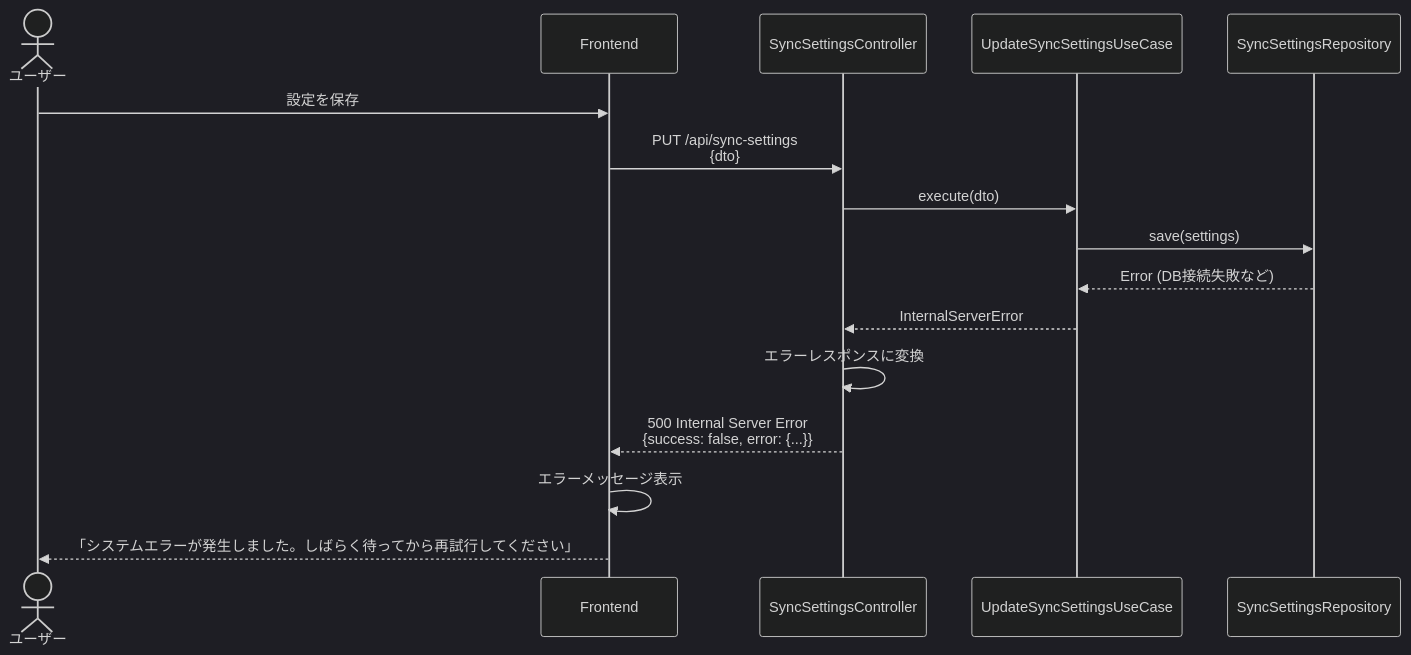
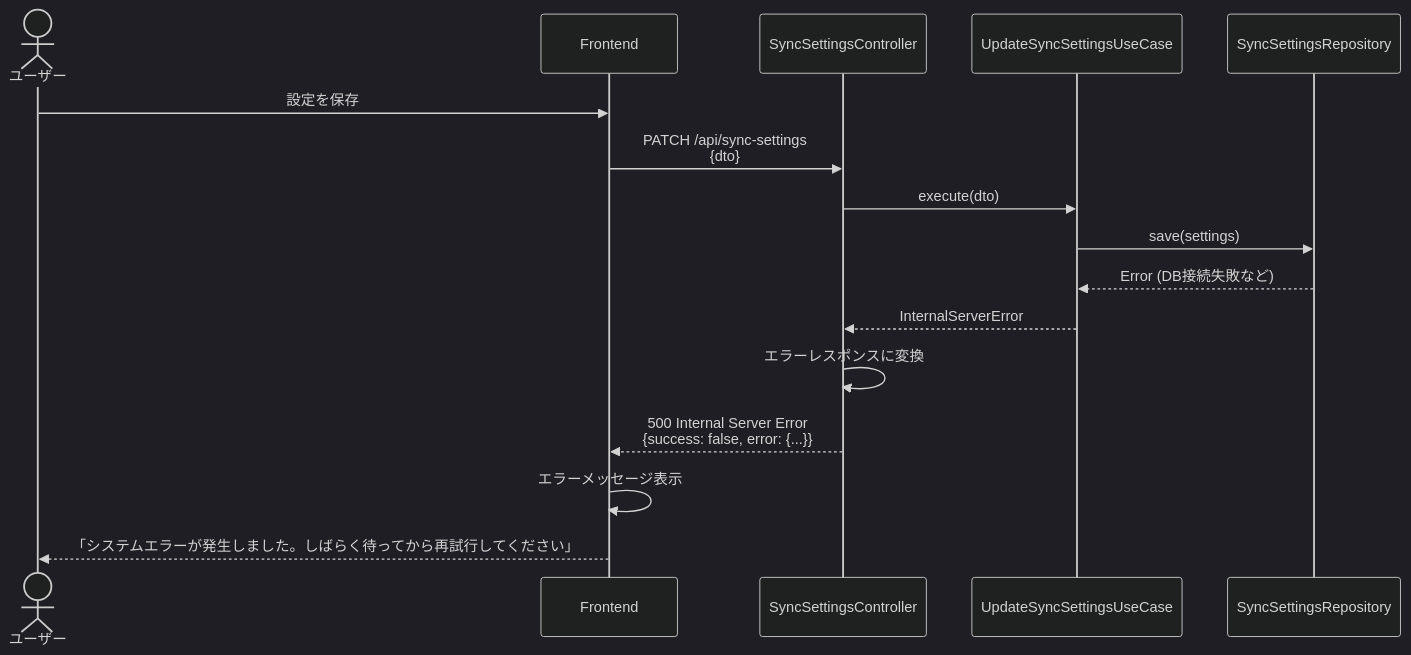
Before and after one commit to kencom2400/account-book: the seventh of 7 diagrams in docs/detailed-design/FR-030_sync-settings/sequence-diagrams.md, drawn with Mermaid (dark theme). The commit also changed other lines of this file and 1 other file, not shown here.

First line of the commit message:
fix: sequence-diagrams.mdの残りのPUTをPATCHに修正、README.mdのアーキテクチャ図を修正

````diff
--- a/docs/detailed-design/FR-030_sync-settings/sequence-diagrams.md
+++ b/docs/detailed-design/FR-030_sync-settings/sequence-diagrams.md
@@ -400,21 +400,21 @@
 ```mermaid
 sequenceDiagram
     actor User as ユーザー
     participant FE as Frontend
     participant API as SyncSettingsController
     participant UC as UpdateSyncSettingsUseCase
     participant Repo as SyncSettingsRepository
 
     User->>FE: 設定を保存
-    FE->>API: PUT /api/sync-settings<br/>{dto}
+    FE->>API: PATCH /api/sync-settings<br/>{dto}
 
     API->>UC: execute(dto)
     UC->>Repo: save(settings)
     Repo-->>UC: Error (DB接続失敗など)
 
     UC-->>API: InternalServerError
     API->>API: エラーレスポンスに変換
     API-->>FE: 500 Internal Server Error<br/>{success: false, error: {...}}
     FE->>FE: エラーメッセージ表示
     FE-->>User: 「システムエラーが発生しました。しばらく待ってから再試行してください」
 ```
````
